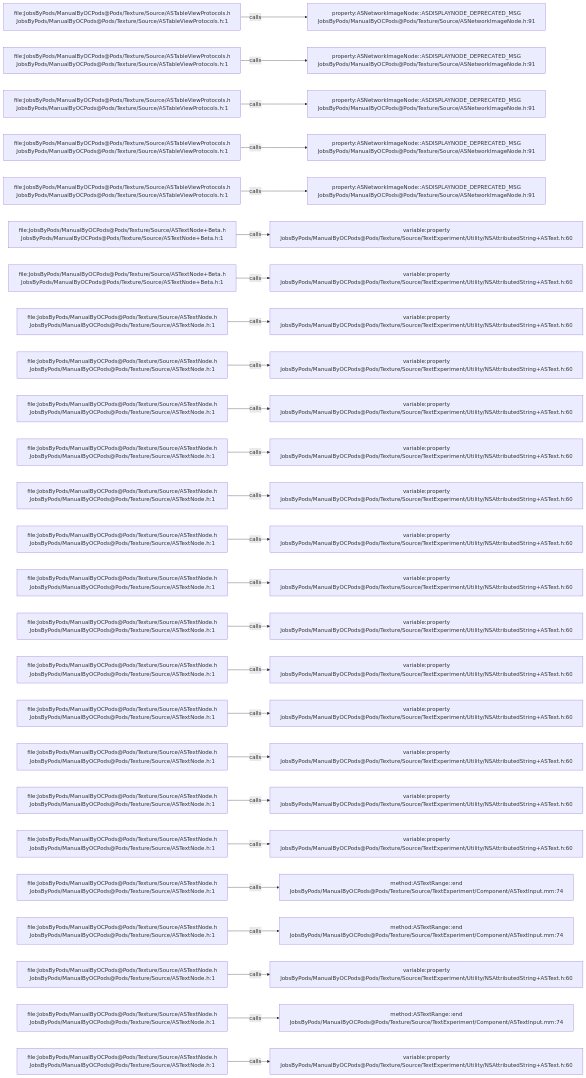
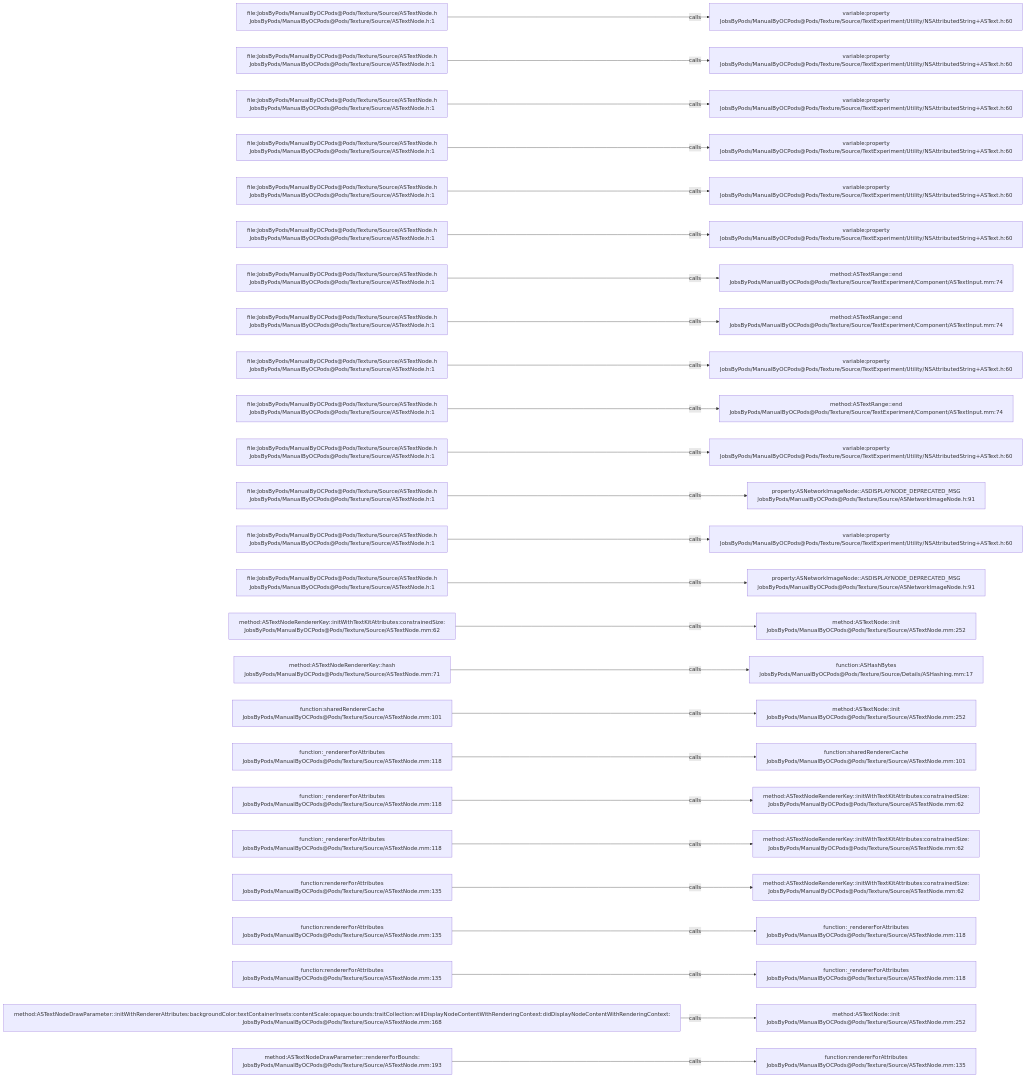
Before and after one commit to JobsKits/JobsOCBaseConfigDemo: the diagram in .codegraph/codegraph.md/graphs/calls-134.md, drawn with Mermaid. The commit also changed 296 other files, not shown here.

````diff
--- a/.codegraph/codegraph.md/graphs/calls-134.md
+++ b/.codegraph/codegraph.md/graphs/calls-134.md
@@ -13,78 +13,78 @@
 ```mermaid
 flowchart LR
-  S1["file:JobsByPods/ManualByOCPods@Pods/Texture/Source/ASTableViewProtocols.h<br/>JobsByPods/ManualByOCPods@Pods/Texture/Source/ASTableViewProtocols.h:1"]
-  T1["property:ASNetworkImageNode::ASDISPLAYNODE_DEPRECATED_MSG<br/>JobsByPods/ManualByOCPods@Pods/Texture/Source/ASNetworkImageNode.h:91"]
+  S1["file:JobsByPods/ManualByOCPods@Pods/Texture/Source/ASTextNode.h<br/>JobsByPods/ManualByOCPods@Pods/Texture/Source/ASTextNode.h:1"]
+  T1["variable:property<br/>JobsByPods/ManualByOCPods@Pods/Texture/Source/TextExperiment/Utility/NSAttributedString+ASText.h:60"]
   S1 -->|calls| T1
-  S2["file:JobsByPods/ManualByOCPods@Pods/Texture/Source/ASTableViewProtocols.h<br/>JobsByPods/ManualByOCPods@Pods/Texture/Source/ASTableViewProtocols.h:1"]
-  T2["property:ASNetworkImageNode::ASDISPLAYNODE_DEPRECATED_MSG<br/>JobsByPods/ManualByOCPods@Pods/Texture/Source/ASNetworkImageNode.h:91"]
+  S2["file:JobsByPods/ManualByOCPods@Pods/Texture/Source/ASTextNode.h<br/>JobsByPods/ManualByOCPods@Pods/Texture/Source/ASTextNode.h:1"]
+  T2["variable:property<br/>JobsByPods/ManualByOCPods@Pods/Texture/Source/TextExperiment/Utility/NSAttributedString+ASText.h:60"]
   S2 -->|calls| T2
-  S3["file:JobsByPods/ManualByOCPods@Pods/Texture/Source/ASTableViewProtocols.h<br/>JobsByPods/ManualByOCPods@Pods/Texture/Source/ASTableViewProtocols.h:1"]
-  T3["property:ASNetworkImageNode::ASDISPLAYNODE_DEPRECATED_MSG<br/>JobsByPods/ManualByOCPods@Pods/Texture/Source/ASNetworkImageNode.h:91"]
+  S3["file:JobsByPods/ManualByOCPods@Pods/Texture/Source/ASTextNode.h<br/>JobsByPods/ManualByOCPods@Pods/Texture/Source/ASTextNode.h:1"]
+  T3["variable:property<br/>JobsByPods/ManualByOCPods@Pods/Texture/Source/TextExperiment/Utility/NSAttributedString+ASText.h:60"]
   S3 -->|calls| T3
-  S4["file:JobsByPods/ManualByOCPods@Pods/Texture/Source/ASTableViewProtocols.h<br/>JobsByPods/ManualByOCPods@Pods/Texture/Source/ASTableViewProtocols.h:1"]
-  T4["property:ASNetworkImageNode::ASDISPLAYNODE_DEPRECATED_MSG<br/>JobsByPods/ManualByOCPods@Pods/Texture/Source/ASNetworkImageNode.h:91"]
+  S4["file:JobsByPods/ManualByOCPods@Pods/Texture/Source/ASTextNode.h<br/>JobsByPods/ManualByOCPods@Pods/Texture/Source/ASTextNode.h:1"]
+  T4["variable:property<br/>JobsByPods/ManualByOCPods@Pods/Texture/Source/TextExperiment/Utility/NSAttributedString+ASText.h:60"]
   S4 -->|calls| T4
-  S5["file:JobsByPods/ManualByOCPods@Pods/Texture/Source/ASTableViewProtocols.h<br/>JobsByPods/ManualByOCPods@Pods/Texture/Source/ASTableViewProtocols.h:1"]
-  T5["property:ASNetworkImageNode::ASDISPLAYNODE_DEPRECATED_MSG<br/>JobsByPods/ManualByOCPods@Pods/Texture/Source/ASNetworkImageNode.h:91"]
+  S5["file:JobsByPods/ManualByOCPods@Pods/Texture/Source/ASTextNode.h<br/>JobsByPods/ManualByOCPods@Pods/Texture/Source/ASTextNode.h:1"]
+  T5["variable:property<br/>JobsByPods/ManualByOCPods@Pods/Texture/Source/TextExperiment/Utility/NSAttributedString+ASText.h:60"]
   S5 -->|calls| T5
-  S6["file:JobsByPods/ManualByOCPods@Pods/Texture/Source/ASTextNode+Beta.h<br/>JobsByPods/ManualByOCPods@Pods/Texture/Source/ASTextNode+Beta.h:1"]
+  S6["file:JobsByPods/ManualByOCPods@Pods/Texture/Source/ASTextNode.h<br/>JobsByPods/ManualByOCPods@Pods/Texture/Source/ASTextNode.h:1"]
   T6["variable:property<br/>JobsByPods/ManualByOCPods@Pods/Texture/Source/TextExperiment/Utility/NSAttributedString+ASText.h:60"]
   S6 -->|calls| T6
-  S7["file:JobsByPods/ManualByOCPods@Pods/Texture/Source/ASTextNode+Beta.h<br/>JobsByPods/ManualByOCPods@Pods/Texture/Source/ASTextNode+Beta.h:1"]
-  T7["variable:property<br/>JobsByPods/ManualByOCPods@Pods/Texture/Source/TextExperiment/Utility/NSAttributedString+ASText.h:60"]
+  S7["file:JobsByPods/ManualByOCPods@Pods/Texture/Source/ASTextNode.h<br/>JobsByPods/ManualByOCPods@Pods/Texture/Source/ASTextNode.h:1"]
+  T7["method:ASTextRange::end<br/>JobsByPods/ManualByOCPods@Pods/Texture/Source/TextExperiment/Component/ASTextInput.mm:74"]
   S7 -->|calls| T7
   S8["file:JobsByPods/ManualByOCPods@Pods/Texture/Source/ASTextNode.h<br/>JobsByPods/ManualByOCPods@Pods/Texture/Source/ASTextNode.h:1"]
-  T8["variable:property<br/>JobsByPods/ManualByOCPods@Pods/Texture/Source/TextExperiment/Utility/NSAttributedString+ASText.h:60"]
+  T8["method:ASTextRange::end<br/>JobsByPods/ManualByOCPods@Pods/Texture/Source/TextExperiment/Component/ASTextInput.mm:74"]
   S8 -->|calls| T8
   S9["file:JobsByPods/ManualByOCPods@Pods/Texture/Source/ASTextNode.h<br/>JobsByPods/ManualByOCPods@Pods/Texture/Source/ASTextNode.h:1"]
   T9["variable:property<br/>JobsByPods/ManualByOCPods@Pods/Texture/Source/TextExperiment/Utility/NSAttributedString+ASText.h:60"]
   S9 -->|calls| T9
   S10["file:JobsByPods/ManualByOCPods@Pods/Texture/Source/ASTextNode.h<br/>JobsByPods/ManualByOCPods@Pods/Texture/Source/ASTextNode.h:1"]
-  T10["variable:property<br/>JobsByPods/ManualByOCPods@Pods/Texture/Source/TextExperiment/Utility/NSAttributedString+ASText.h:60"]
+  T10["method:ASTextRange::end<br/>JobsByPods/ManualByOCPods@Pods/Texture/Source/TextExperiment/Component/ASTextInput.mm:74"]
   S10 -->|calls| T10
   S11["file:JobsByPods/ManualByOCPods@Pods/Texture/Source/ASTextNode.h<br/>JobsByPods/ManualByOCPods@Pods/Texture/Source/ASTextNode.h:1"]
   T11["variable:property<br/>JobsByPods/ManualByOCPods@Pods/Texture/Source/TextExperiment/Utility/NSAttributedString+ASText.h:60"]
   S11 -->|calls| T11
   S12["file:JobsByPods/ManualByOCPods@Pods/Texture/Source/ASTextNode.h<br/>JobsByPods/ManualByOCPods@Pods/Texture/Source/ASTextNode.h:1"]
-  T12["variable:property<br/>JobsByPods/ManualByOCPods@Pods/Texture/Source/TextExperiment/Utility/NSAttributedString+ASText.h:60"]
+  T12["property:ASNetworkImageNode::ASDISPLAYNODE_DEPRECATED_MSG<br/>JobsByPods/ManualByOCPods@Pods/Texture/Source/ASNetworkImageNode.h:91"]
   S12 -->|calls| T12
   S13["file:JobsByPods/ManualByOCPods@Pods/Texture/Source/ASTextNode.h<br/>JobsByPods/ManualByOCPods@Pods/Texture/Source/ASTextNode.h:1"]
   T13["variable:property<br/>JobsByPods/ManualByOCPods@Pods/Texture/Source/TextExperiment/Utility/NSAttributedString+ASText.h:60"]
   S13 -->|calls| T13
   S14["file:JobsByPods/ManualByOCPods@Pods/Texture/Source/ASTextNode.h<br/>JobsByPods/ManualByOCPods@Pods/Texture/Source/ASTextNode.h:1"]
-  T14["variable:property<br/>JobsByPods/ManualByOCPods@Pods/Texture/Source/TextExperiment/Utility/NSAttributedString+ASText.h:60"]
+  T14["property:ASNetworkImageNode::ASDISPLAYNODE_DEPRECATED_MSG<br/>JobsByPods/ManualByOCPods@Pods/Texture/Source/ASNetworkImageNode.h:91"]
   S14 -->|calls| T14
-  S15["file:JobsByPods/ManualByOCPods@Pods/Texture/Source/ASTextNode.h<br/>JobsByPods/ManualByOCPods@Pods/Texture/Source/ASTextNode.h:1"]
-  T15["variable:property<br/>JobsByPods/ManualByOCPods@Pods/Texture/Source/TextExperiment/Utility/NSAttributedString+ASText.h:60"]
+  S15["method:ASTextNodeRendererKey::initWithTextKitAttributes:constrainedSize:<br/>JobsByPods/ManualByOCPods@Pods/Texture/Source/ASTextNode.mm:62"]
+  T15["method:ASTextNode::init<br/>JobsByPods/ManualByOCPods@Pods/Texture/Source/ASTextNode.mm:252"]
   S15 -->|calls| T15
-  S16["file:JobsByPods/ManualByOCPods@Pods/Texture/Source/ASTextNode.h<br/>JobsByPods/ManualByOCPods@Pods/Texture/Source/ASTextNode.h:1"]
-  T16["variable:property<br/>JobsByPods/ManualByOCPods@Pods/Texture/Source/TextExperiment/Utility/NSAttributedString+ASText.h:60"]
+  S16["method:ASTextNodeRendererKey::hash<br/>JobsByPods/ManualByOCPods@Pods/Texture/Source/ASTextNode.mm:71"]
+  T16["function:ASHashBytes<br/>JobsByPods/ManualByOCPods@Pods/Texture/Source/Details/ASHashing.mm:17"]
   S16 -->|calls| T16
-  S17["file:JobsByPods/ManualByOCPods@Pods/Texture/Source/ASTextNode.h<br/>JobsByPods/ManualByOCPods@Pods/Texture/Source/ASTextNode.h:1"]
-  T17["variable:property<br/>JobsByPods/ManualByOCPods@Pods/Texture/Source/TextExperiment/Utility/NSAttributedString+ASText.h:60"]
+  S17["function:sharedRendererCache<br/>JobsByPods/ManualByOCPods@Pods/Texture/Source/ASTextNode.mm:101"]
+  T17["method:ASTextNode::init<br/>JobsByPods/ManualByOCPods@Pods/Texture/Source/ASTextNode.mm:252"]
   S17 -->|calls| T17
-  S18["file:JobsByPods/ManualByOCPods@Pods/Texture/Source/ASTextNode.h<br/>JobsByPods/ManualByOCPods@Pods/Texture/Source/ASTextNode.h:1"]
-  T18["variable:property<br/>JobsByPods/ManualByOCPods@Pods/Texture/Source/TextExperiment/Utility/NSAttributedString+ASText.h:60"]
+  S18["function:_rendererForAttributes<br/>JobsByPods/ManualByOCPods@Pods/Texture/Source/ASTextNode.mm:118"]
+  T18["function:sharedRendererCache<br/>JobsByPods/ManualByOCPods@Pods/Texture/Source/ASTextNode.mm:101"]
   S18 -->|calls| T18
-  S19["file:JobsByPods/ManualByOCPods@Pods/Texture/Source/ASTextNode.h<br/>JobsByPods/ManualByOCPods@Pods/Texture/Source/ASTextNode.h:1"]
-  T19["variable:property<br/>JobsByPods/ManualByOCPods@Pods/Texture/Source/TextExperiment/Utility/NSAttributedString+ASText.h:60"]
+  S19["function:_rendererForAttributes<br/>JobsByPods/ManualByOCPods@Pods/Texture/Source/ASTextNode.mm:118"]
+  T19["method:ASTextNodeRendererKey::initWithTextKitAttributes:constrainedSize:<br/>JobsByPods/ManualByOCPods@Pods/Texture/Source/ASTextNode.mm:62"]
   S19 -->|calls| T19
-  S20["file:JobsByPods/ManualByOCPods@Pods/Texture/Source/ASTextNode.h<br/>JobsByPods/ManualByOCPods@Pods/Texture/Source/ASTextNode.h:1"]
-  T20["variable:property<br/>JobsByPods/ManualByOCPods@Pods/Texture/Source/TextExperiment/Utility/NSAttributedString+ASText.h:60"]
+  S20["function:_rendererForAttributes<br/>JobsByPods/ManualByOCPods@Pods/Texture/Source/ASTextNode.mm:118"]
+  T20["method:ASTextNodeRendererKey::initWithTextKitAttributes:constrainedSize:<br/>JobsByPods/ManualByOCPods@Pods/Texture/Source/ASTextNode.mm:62"]
   S20 -->|calls| T20
-  S21["file:JobsByPods/ManualByOCPods@Pods/Texture/Source/ASTextNode.h<br/>JobsByPods/ManualByOCPods@Pods/Texture/Source/ASTextNode.h:1"]
-  T21["method:ASTextRange::end<br/>JobsByPods/ManualByOCPods@Pods/Texture/Source/TextExperiment/Component/ASTextInput.mm:74"]
+  S21["function:rendererForAttributes<br/>JobsByPods/ManualByOCPods@Pods/Texture/Source/ASTextNode.mm:135"]
+  T21["method:ASTextNodeRendererKey::initWithTextKitAttributes:constrainedSize:<br/>JobsByPods/ManualByOCPods@Pods/Texture/Source/ASTextNode.mm:62"]
   S21 -->|calls| T21
-  S22["file:JobsByPods/ManualByOCPods@Pods/Texture/Source/ASTextNode.h<br/>JobsByPods/ManualByOCPods@Pods/Texture/Source/ASTextNode.h:1"]
-  T22["method:ASTextRange::end<br/>JobsByPods/ManualByOCPods@Pods/Texture/Source/TextExperiment/Component/ASTextInput.mm:74"]
+  S22["function:rendererForAttributes<br/>JobsByPods/ManualByOCPods@Pods/Texture/Source/ASTextNode.mm:135"]
+  T22["function:_rendererForAttributes<br/>JobsByPods/ManualByOCPods@Pods/Texture/Source/ASTextNode.mm:118"]
   S22 -->|calls| T22
-  S23["file:JobsByPods/ManualByOCPods@Pods/Texture/Source/ASTextNode.h<br/>JobsByPods/ManualByOCPods@Pods/Texture/Source/ASTextNode.h:1"]
-  T23["variable:property<br/>JobsByPods/ManualByOCPods@Pods/Texture/Source/TextExperiment/Utility/NSAttributedString+ASText.h:60"]
+  S23["function:rendererForAttributes<br/>JobsByPods/ManualByOCPods@Pods/Texture/Source/ASTextNode.mm:135"]
+  T23["function:_rendererForAttributes<br/>JobsByPods/ManualByOCPods@Pods/Texture/Source/ASTextNode.mm:118"]
   S23 -->|calls| T23
-  S24["file:JobsByPods/ManualByOCPods@Pods/Texture/Source/ASTextNode.h<br/>JobsByPods/ManualByOCPods@Pods/Texture/Source/ASTextNode.h:1"]
-  T24["method:ASTextRange::end<br/>JobsByPods/ManualByOCPods@Pods/Texture/Source/TextExperiment/Component/ASTextInput.mm:74"]
+  S24["method:ASTextNodeDrawParameter::initWithRendererAttributes:backgroundColor:textContainerInsets:contentScale:opaque:bounds:traitCollection:willDisplayNodeContentWithRenderingContext:didDisplayNodeContentWithRenderingContext:<br/>JobsByPods/ManualByOCPods@Pods/Texture/Source/ASTextNode.mm:168"]
+  T24["method:ASTextNode::init<br/>JobsByPods/ManualByOCPods@Pods/Texture/Source/ASTextNode.mm:252"]
   S24 -->|calls| T24
-  S25["file:JobsByPods/ManualByOCPods@Pods/Texture/Source/ASTextNode.h<br/>JobsByPods/ManualByOCPods@Pods/Texture/Source/ASTextNode.h:1"]
-  T25["variable:property<br/>JobsByPods/ManualByOCPods@Pods/Texture/Source/TextExperiment/Utility/NSAttributedString+ASText.h:60"]
+  S25["method:ASTextNodeDrawParameter::rendererForBounds:<br/>JobsByPods/ManualByOCPods@Pods/Texture/Source/ASTextNode.mm:193"]
+  T25["function:rendererForAttributes<br/>JobsByPods/ManualByOCPods@Pods/Texture/Source/ASTextNode.mm:135"]
   S25 -->|calls| T25
 ```
````
